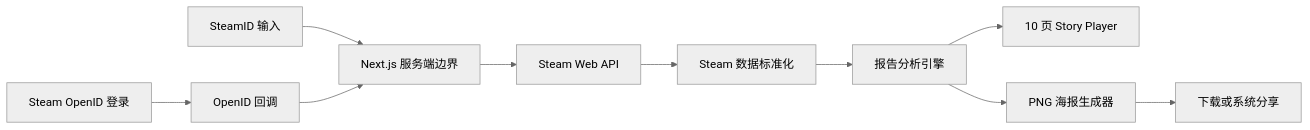
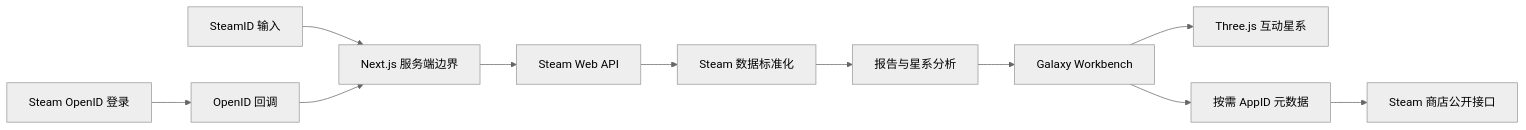
The diagram in docs/architecture.md (xcymm3/Steam-Galaxy), drawn with Mermaid (neutral theme) before and after one commit. The commit also changed other lines of this file and 35 other files, not shown here.

Commit message:
feat: replace report player with galaxy workbench

````diff
--- a/docs/architecture.md
+++ b/docs/architecture.md
@@ -22,12 +22,13 @@
 ```mermaid
 flowchart LR
     A["SteamID 输入"] --> D["Next.js 服务端边界"]
     B["Steam OpenID 登录"] --> C["OpenID 回调"]
     C --> D
     D --> E["Steam Web API"]
     E --> F["Steam 数据标准化"]
-    F --> G["报告分析引擎"]
-    G --> H["10 页 Story Player"]
-    G --> I["PNG 海报生成器"]
-    I --> J["下载或系统分享"]
+    F --> G["报告与星系分析"]
+    G --> H["Galaxy Workbench"]
+    H --> I["Three.js 互动星系"]
+    H --> J["按需 AppID 元数据"]
+    J --> K["Steam 商店公开接口"]
 ```
````
